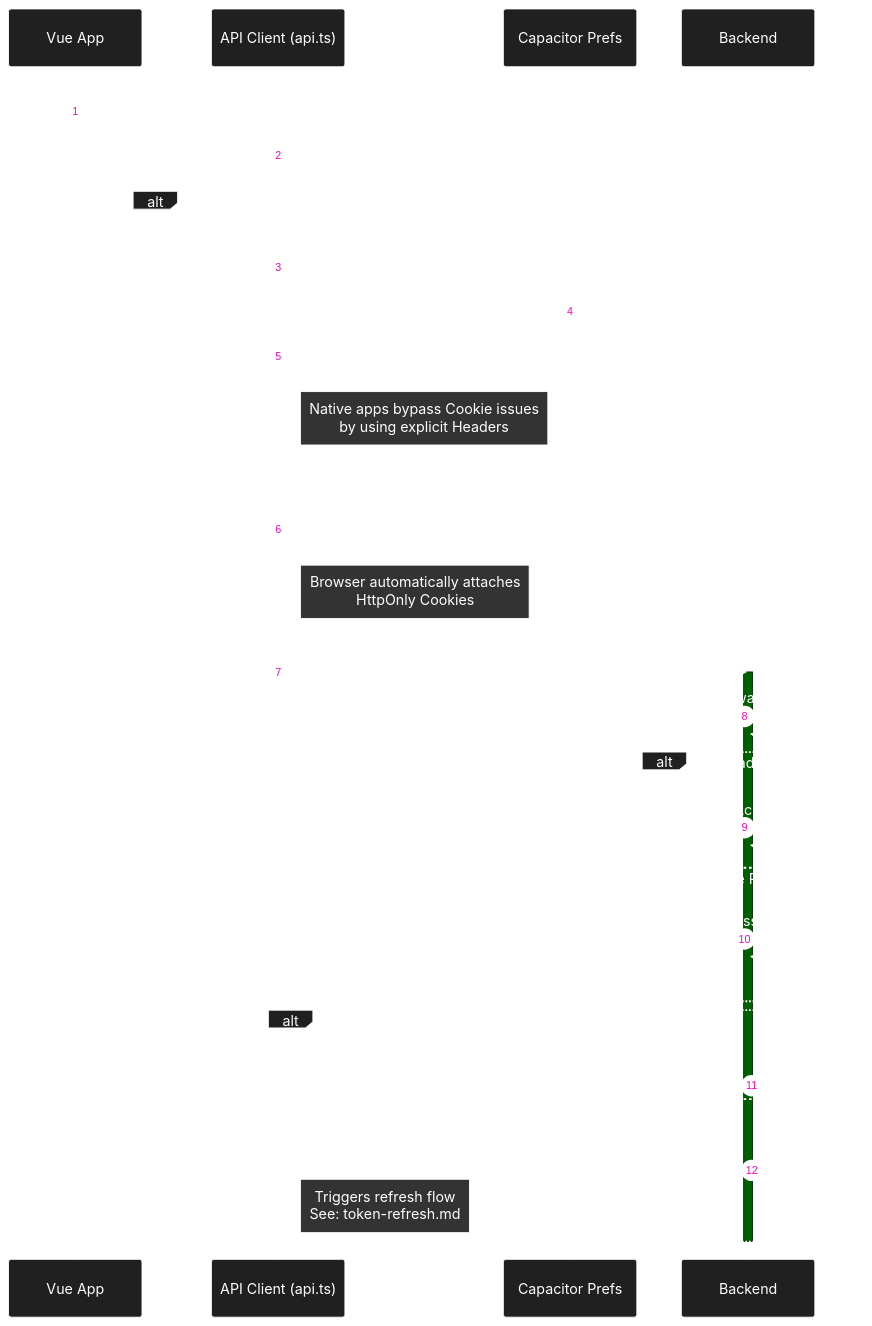
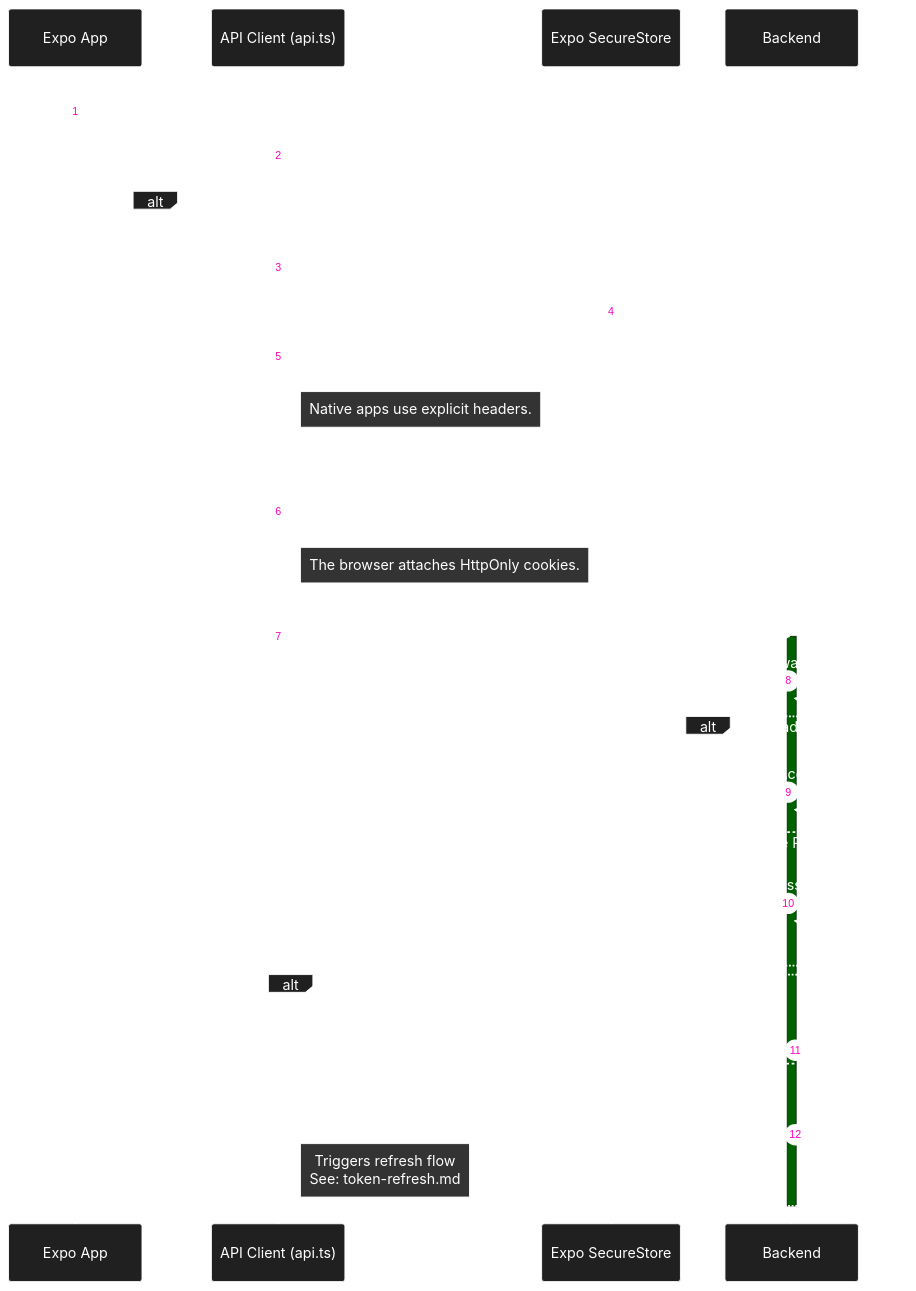
Before and after one commit to michaelgreenl/tally-tracker: the diagram in docs/diagrams/sequence/auth/cross-platform-strategy.md, drawn with Mermaid. The commit also changed 213 other files, not shown here.

Commit message:
refactor(client): complete React Native cutover

````diff
--- a/docs/diagrams/sequence/auth/cross-platform-strategy.md
+++ b/docs/diagrams/sequence/auth/cross-platform-strategy.md
@@ -3,58 +3,58 @@
 ```mermaid
 %%{
   init: {
     'theme': 'base',
     'themeVariables': {
       'primaryColor': '#202020',
       'primaryTextColor': '#fff',
       'primaryBorderColor': '#ffffff',
       'lineColor': '#00ff41',
       'secondaryColor': '#006100',
       'tertiaryColor': '#fff',
       'noteBkgColor': '#333',
       'noteTextColor': '#fff',
       'noteBorderColor': '#fff'
     }
   }
 }%%
 
 sequenceDiagram
     autonumber
-    participant App as Vue App
+    participant App as Expo App
     participant Client as API Client (api.ts)
-    participant Storage as Capacitor Prefs
+    participant Storage as Expo SecureStore
     participant API as Backend
 
     App->>Client: apiFetch('/resource')
 
-    Client->>Client: Check Capacitor.isNativePlatform()
+    Client->>Client: Check Platform.OS
 
     alt isNative is TRUE (iOS/Android)
         Client->>Storage: Get 'access_token'
         Storage-->>Client: Returns "ey..."
         Client->>Client: Add Header: "Authorization: Bearer ey..."
-        Note right of Client: Native apps bypass Cookie issues<br/>by using explicit Headers
+        Note right of Client: Native apps use explicit headers.
     else isNative is FALSE (Web)
         Client->>Client: Do NOT add Header
-        Note right of Client: Browser automatically attaches<br/>HttpOnly Cookies
+        Note right of Client: The browser attaches HttpOnly cookies.
     end
 
     Client->>API: Send Request
 
     activate API
     API->>API: Middleware Check
 
     alt Header Present?
         API->>API: Validate Access Token
     else Cookie Present?
         API->>API: Validate Access Token Cookie
     end
 
     alt Token Valid
         API-->>Client: 200 OK
     else Token Expired
         API-->>Client: 401 Unauthorized
         Note right of Client: Triggers refresh flow<br/>See: token-refresh.md
     end
     deactivate API
 ```
````
